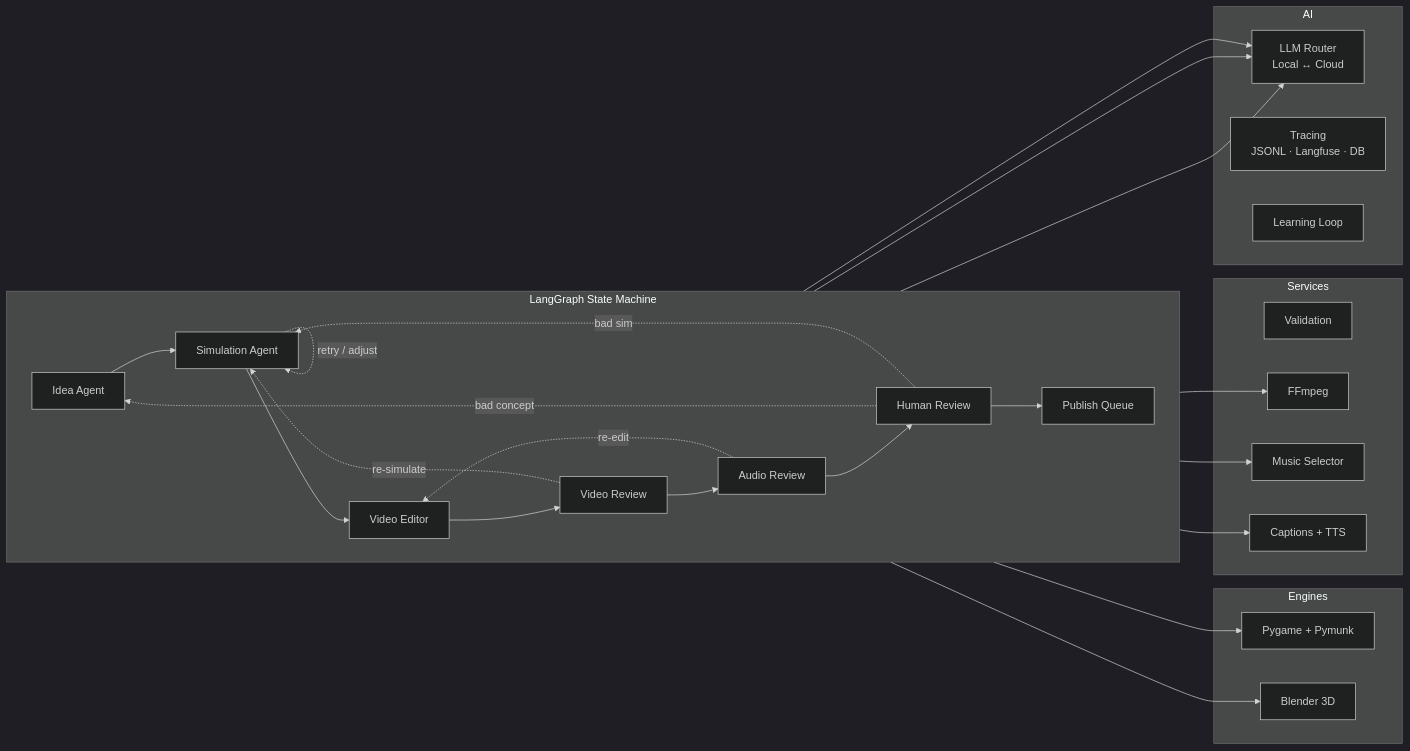
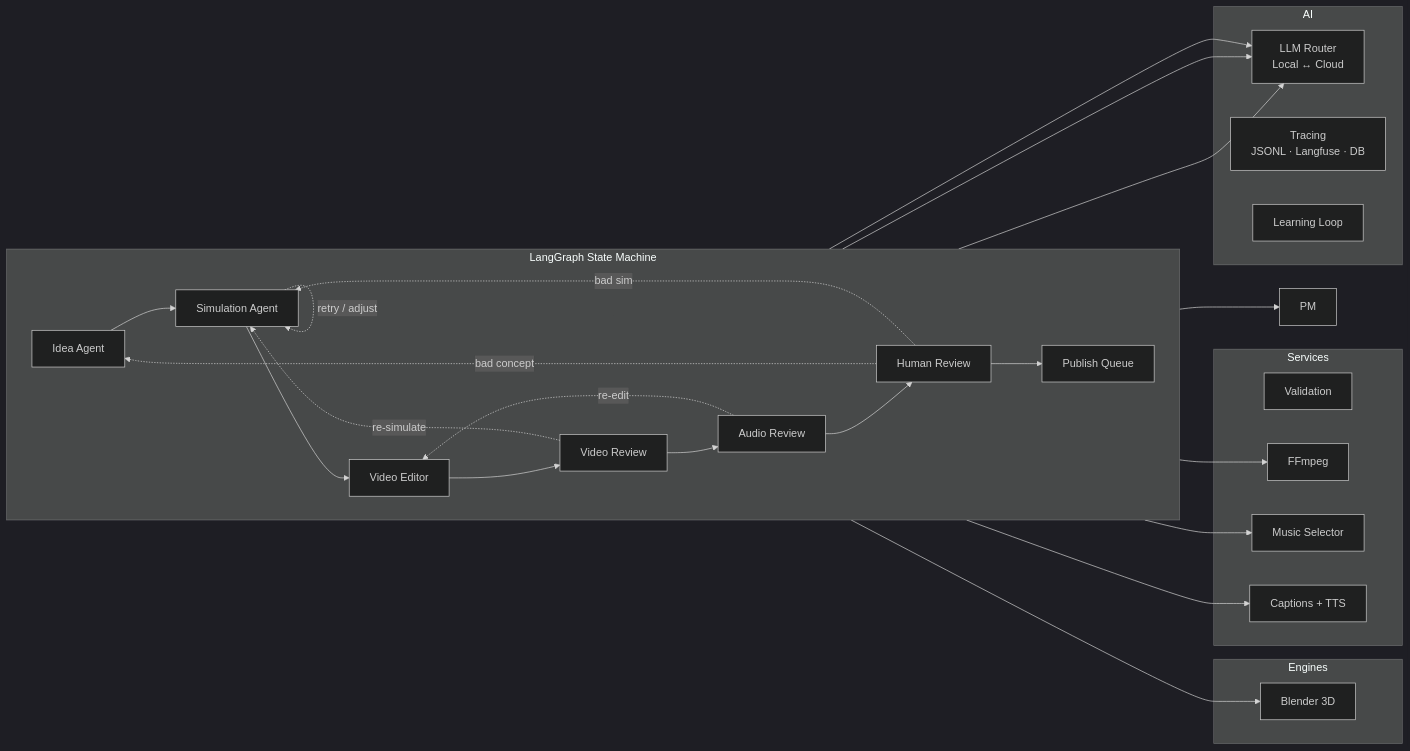
The diagram in README.md (thedebasser/kairos-agent), drawn with Mermaid (dark theme) before and after one commit. The commit also changed other lines of this file and 90 other files, not shown here.

First line of the commit message:
Phase 4: Cleanup & Consolidation — Remove Pymunk, update to Blender-only architecture

````diff
--- a/README.md
+++ b/README.md
@@ -24,45 +24,44 @@
 ```mermaid
 graph LR
     subgraph Orchestrator["LangGraph State Machine"]
         direction LR
         IA[Idea Agent] --> SA[Simulation Agent]
         SA --> VE[Video Editor]
         VE --> VR[Video Review]
         VR --> AR[Audio Review]
         AR --> HR[Human Review]
         HR --> PQ[Publish Queue]
     end
 
     SA -. "retry / adjust" .-> SA
     VR -. "re-simulate" .-> SA
     AR -. "re-edit" .-> VE
     HR -. "bad concept" .-> IA
     HR -. "bad sim" .-> SA
 
     subgraph Engines
-        PM[Pygame + Pymunk]
         BL[Blender 3D]
     end
 
     subgraph Services
         VAL[Validation]
         FF[FFmpeg]
         MUS[Music Selector]
         CAP[Captions + TTS]
     end
 
     subgraph AI
         LLM[LLM Router<br/>Local ↔ Cloud]
         TR[Tracing<br/>JSONL · Langfuse · DB]
         LL[Learning Loop]
     end
 
     SA --> PM
     SA --> BL
     VE --> FF
     VE --> MUS
     VE --> CAP
     IA --> LLM
     SA --> LLM
     VR --> LLM
 ```
````
